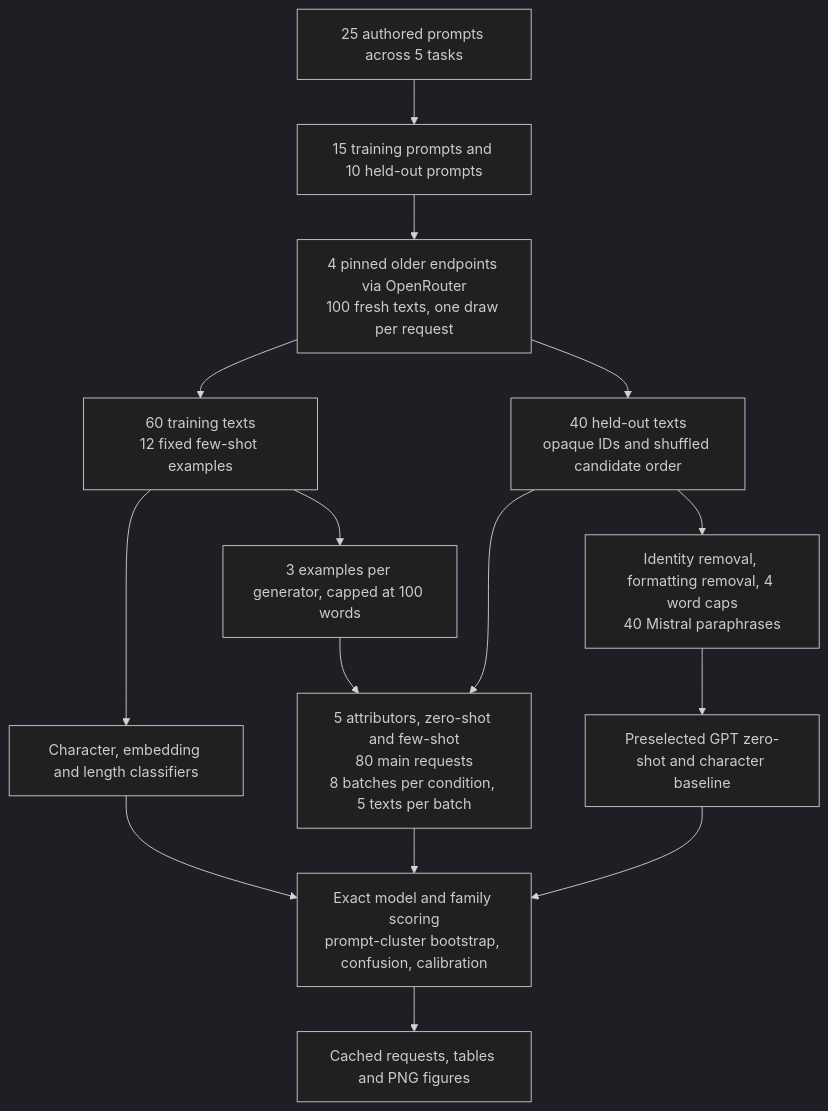
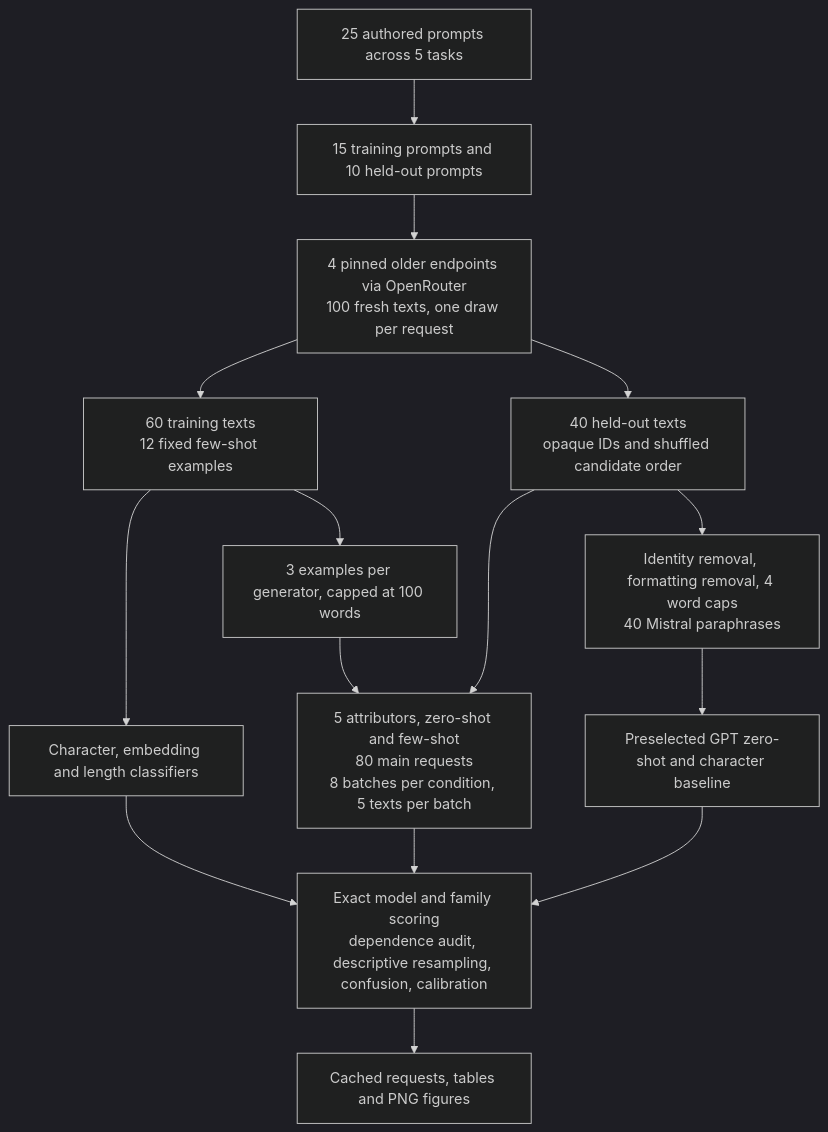
The diagram in notebooks/13-older-model-attribution/README.md (k-sandhu/experiment-notebooks), drawn with Mermaid (dark theme) before and after one commit. The commit also changed other lines of this file and 20 other files, not shown here.

Commit message:
Fix notebook 13 uncertainty claims and audit attribution scoring

````diff
--- a/notebooks/13-older-model-attribution/README.md
+++ b/notebooks/13-older-model-attribution/README.md
@@ -51,17 +64,17 @@
 ```mermaid
 flowchart TD
     p[25 authored prompts across 5 tasks] --> split[15 training prompts and 10 held-out prompts]
     split --> g[4 pinned older endpoints via OpenRouter<br/>100 fresh texts, one draw per request]
     g --> tr[60 training texts<br/>12 fixed few-shot examples]
     g --> te[40 held-out texts<br/>opaque IDs and shuffled candidate order]
     tr --> base[Character, embedding and length classifiers]
     tr --> few[3 examples per generator, capped at 100 words]
     te --> attr[5 attributors, zero-shot and few-shot<br/>80 main requests<br/>8 batches per condition, 5 texts per batch]
     few --> attr
     te --> abl[Identity removal, formatting removal, 4 word caps<br/>40 Mistral paraphrases]
     abl --> ap[Preselected GPT zero-shot and character baseline]
-    base --> score[Exact model and family scoring<br/>prompt-cluster bootstrap, confusion, calibration]
+    base --> score[Exact model and family scoring<br/>dependence audit, descriptive resampling, confusion, calibration]
     attr --> score
     ap --> score
     score --> out[Cached requests, tables and PNG figures]
 ```
````
